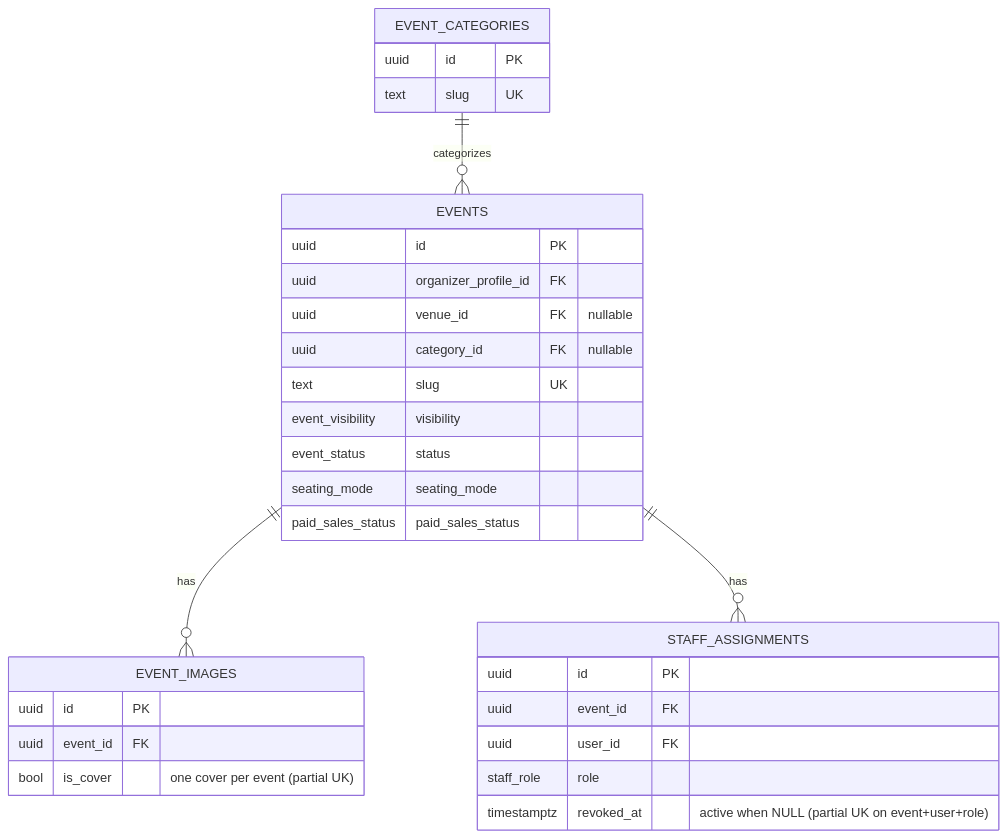
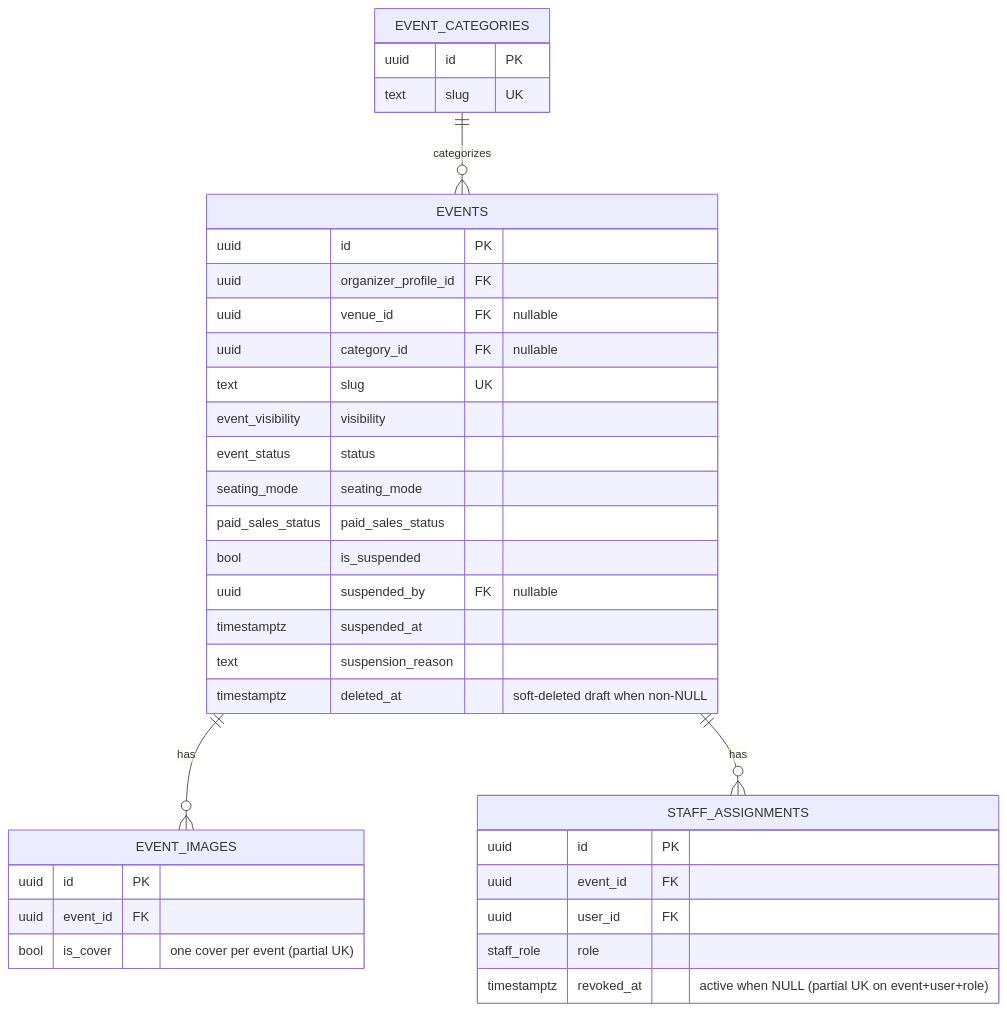
Before and after one commit to cloudlybtw/biletflow: the third of 10 diagrams in docs/erd.md, drawn with Mermaid. The commit also changed other lines of this file and 86 other files, not shown here.

````diff
--- a/docs/erd.md
+++ b/docs/erd.md
@@ -77,34 +77,39 @@
 ```mermaid
 erDiagram
     EVENT_CATEGORIES ||--o{ EVENTS : categorizes
     EVENTS ||--o{ EVENT_IMAGES : has
     EVENTS ||--o{ STAFF_ASSIGNMENTS : has
 
     EVENT_CATEGORIES {
         uuid id PK
         text slug UK
     }
     EVENTS {
         uuid id PK
         uuid organizer_profile_id FK
         uuid venue_id FK "nullable"
         uuid category_id FK "nullable"
         text slug UK
         event_visibility visibility
         event_status status
         seating_mode seating_mode
         paid_sales_status paid_sales_status
+        bool is_suspended
+        uuid suspended_by FK "nullable"
+        timestamptz suspended_at
+        text suspension_reason
+        timestamptz deleted_at "soft-deleted draft when non-NULL"
     }
     EVENT_IMAGES {
         uuid id PK
         uuid event_id FK
         bool is_cover "one cover per event (partial UK)"
     }
     STAFF_ASSIGNMENTS {
         uuid id PK
         uuid event_id FK
         uuid user_id FK
         staff_role role
         timestamptz revoked_at "active when NULL (partial UK on event+user+role)"
     }
 ```
````
